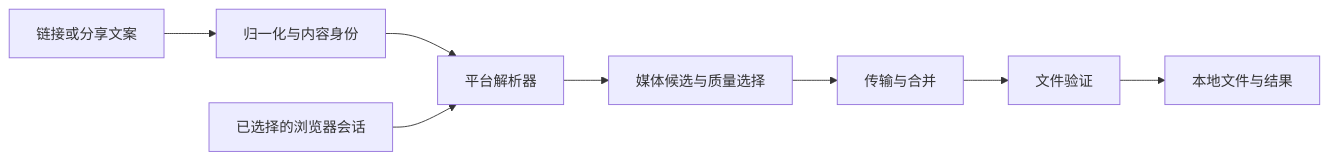
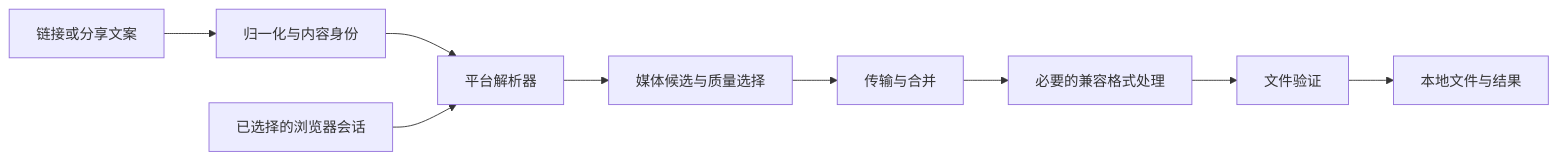
The diagram in docs/requirements.md (0xFANGO/fetchy), drawn with Mermaid before and after one commit. The commit also changed other lines of this file and 11 other files, not shown here.

````diff
--- a/docs/requirements.md
+++ b/docs/requirements.md
@@ -39,10 +41,11 @@
 ```mermaid
 flowchart LR
   A[链接或分享文案] --> B[归一化与内容身份]
   B --> C[平台解析器]
   C --> D[媒体候选与质量选择]
   D --> E[传输与合并]
-  E --> F[文件验证]
+  E --> I[必要的兼容格式处理]
+  I --> F[文件验证]
   F --> G[本地文件与结果]
   H[已选择的浏览器会话] --> C
 ```
````
